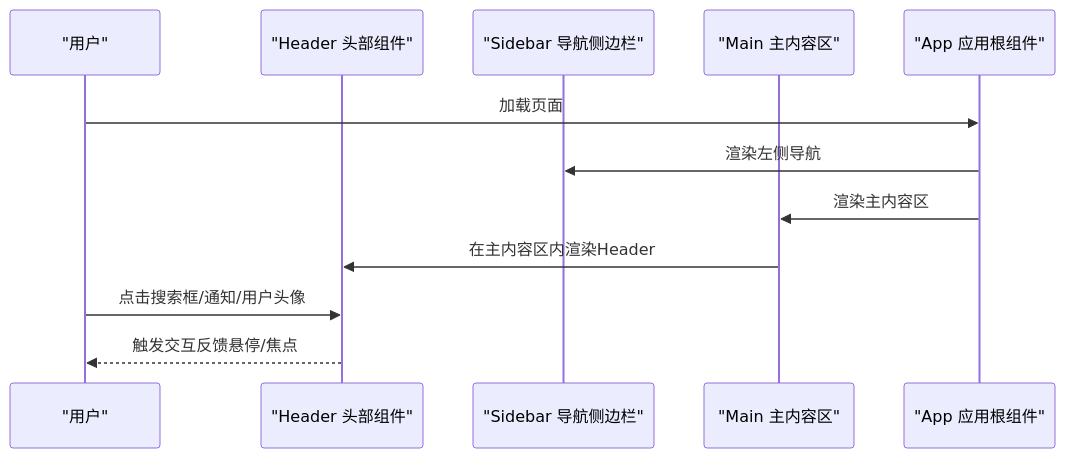
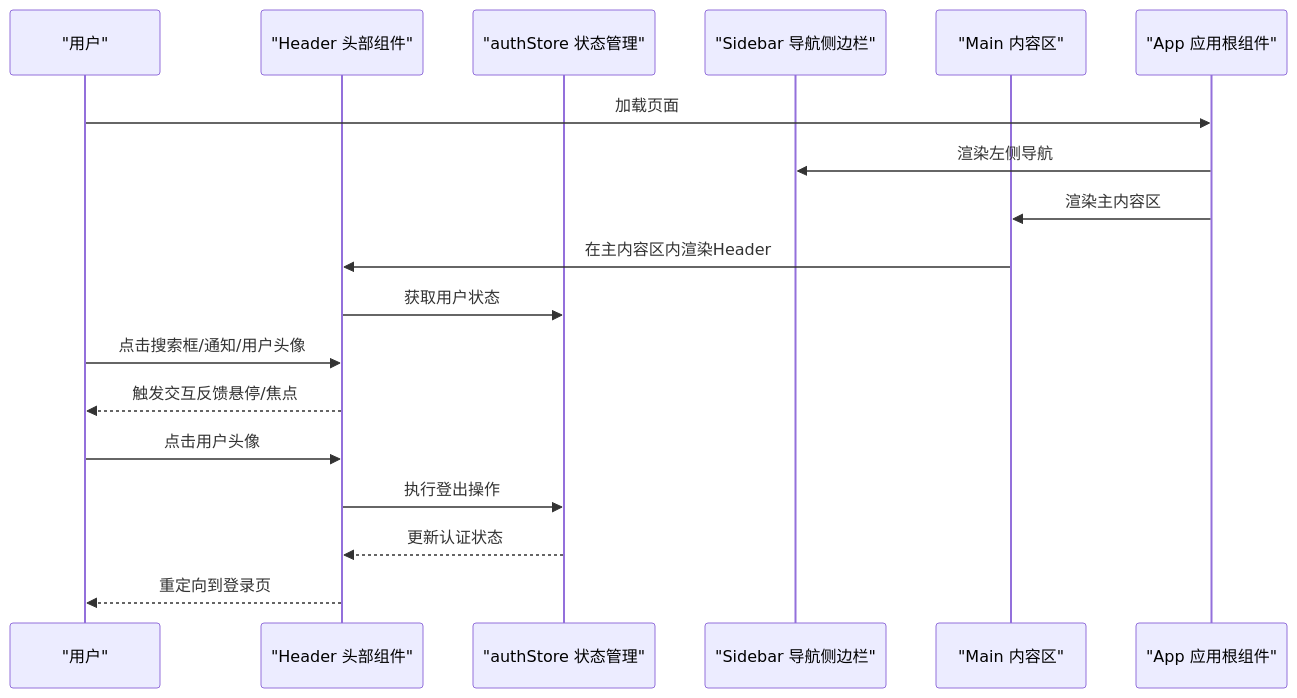
The second of 7 diagrams in .qoder/repowiki/zh/content/核心组件/头部组件 (Header).md (xianjianshenqu/SalesFlow-CRM), drawn with Mermaid before and after one commit. The commit also changed other lines of this file and 17 other files, not shown here.

````diff
--- a/.qoder/repowiki/zh/content/核心组件/头部组件 (Header).md
+++ b/.qoder/repowiki/zh/content/核心组件/头部组件 (Header).md
@@ -88,14 +99,20 @@
 ```mermaid
 sequenceDiagram
 participant U as "用户"
 participant H as "Header 头部组件"
+participant AS as "authStore 状态管理"
 participant S as "Sidebar 导航侧边栏"
-participant M as "Main 主内容区"
+participant M as "Main 内容区"
 participant A as "App 应用根组件"
 U->>A : 加载页面
 A->>S : 渲染左侧导航
 A->>M : 渲染主内容区
 M->>H : 在主内容区内渲染Header
+H->>AS : 获取用户状态
 U->>H : 点击搜索框/通知/用户头像
 H-->>U : 触发交互反馈悬停/焦点
+U->>H : 点击用户头像
+H->>AS : 执行登出操作
+AS-->>H : 更新认证状态
+H-->>U : 重定向到登录页
 ```
````
